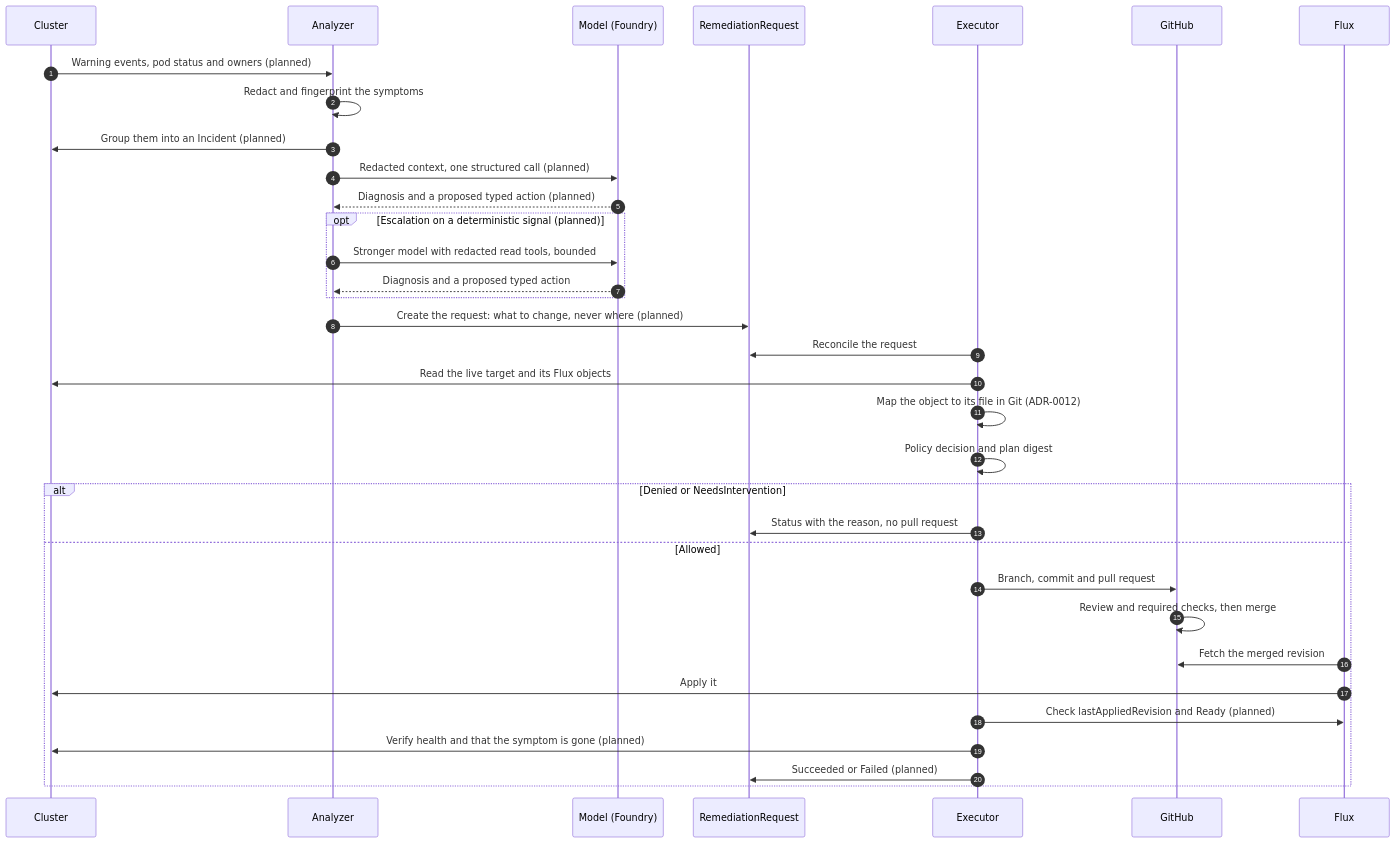
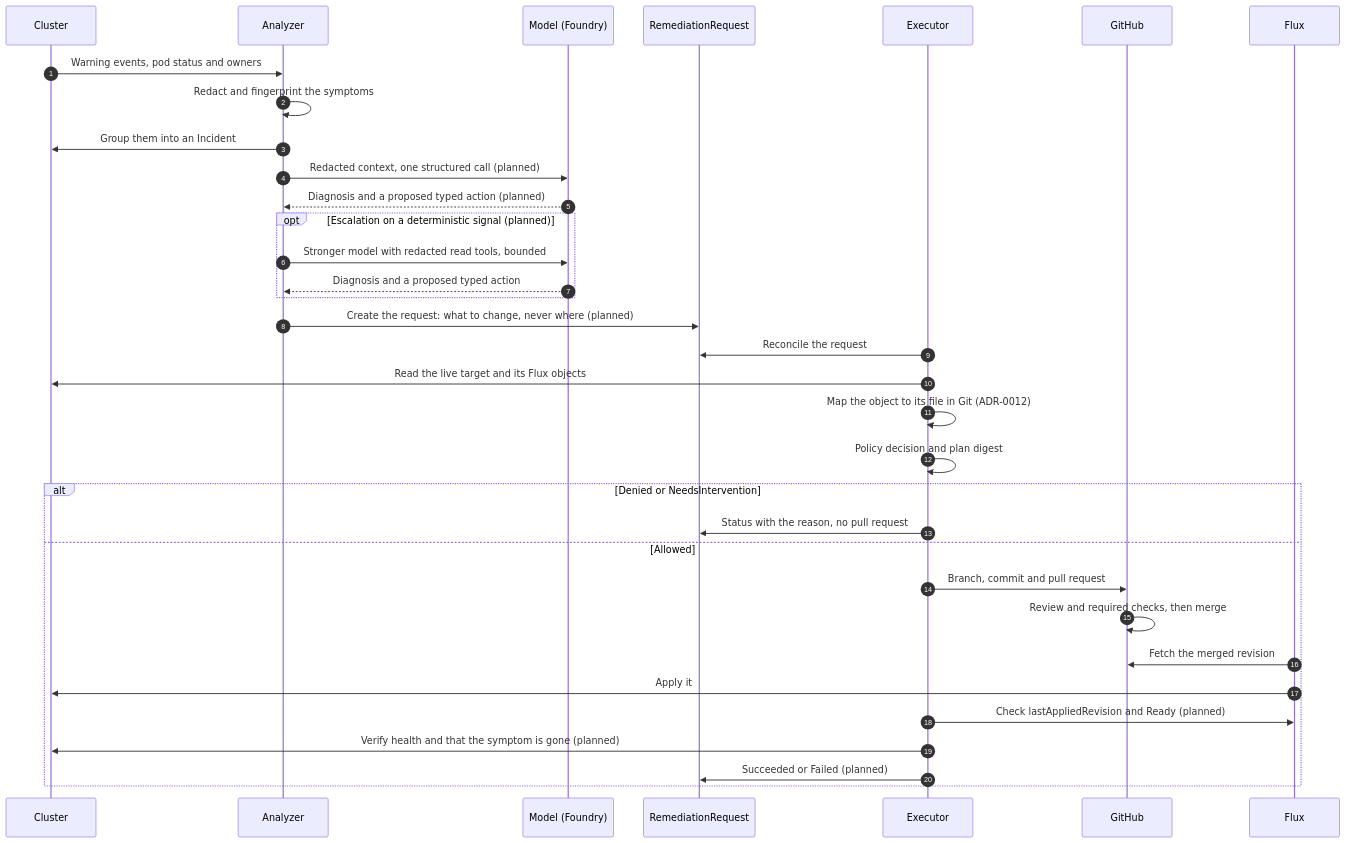
The first of 5 diagrams in docs/design.md (pkalin/shadewright), drawn with Mermaid before and after one commit. The commit also changed other lines of this file and 26 other files, not shown here.

````diff
--- a/docs/design.md
+++ b/docs/design.md
@@ -41,36 +41,36 @@
 ```mermaid
 sequenceDiagram
     autonumber
     participant K as Cluster
     participant A as Analyzer
     participant M as Model (Foundry)
     participant R as RemediationRequest
     participant E as Executor
     participant G as GitHub
     participant F as Flux
-    K->>A: Warning events, pod status and owners (planned)
+    K->>A: Warning events, pod status and owners
     A->>A: Redact and fingerprint the symptoms
-    A->>K: Group them into an Incident (planned)
+    A->>K: Group them into an Incident
     A->>M: Redacted context, one structured call (planned)
     M-->>A: Diagnosis and a proposed typed action (planned)
     opt Escalation on a deterministic signal (planned)
         A->>M: Stronger model with redacted read tools, bounded
         M-->>A: Diagnosis and a proposed typed action
     end
     A->>R: Create the request: what to change, never where (planned)
     E->>R: Reconcile the request
     E->>K: Read the live target and its Flux objects
     E->>E: Map the object to its file in Git (ADR-0012)
     E->>E: Policy decision and plan digest
     alt Denied or NeedsIntervention
         E->>R: Status with the reason, no pull request
     else Allowed
         E->>G: Branch, commit and pull request
         G->>G: Review and required checks, then merge
         F->>G: Fetch the merged revision
         F->>K: Apply it
         E->>F: Check lastAppliedRevision and Ready (planned)
         E->>K: Verify health and that the symptom is gone (planned)
         E->>R: Succeeded or Failed (planned)
     end
 ```
````
